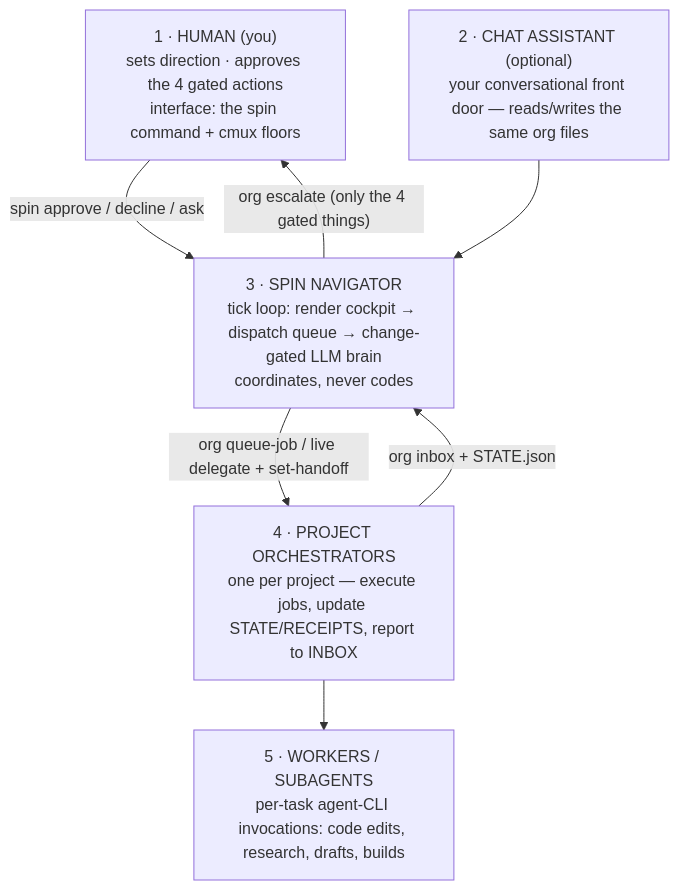
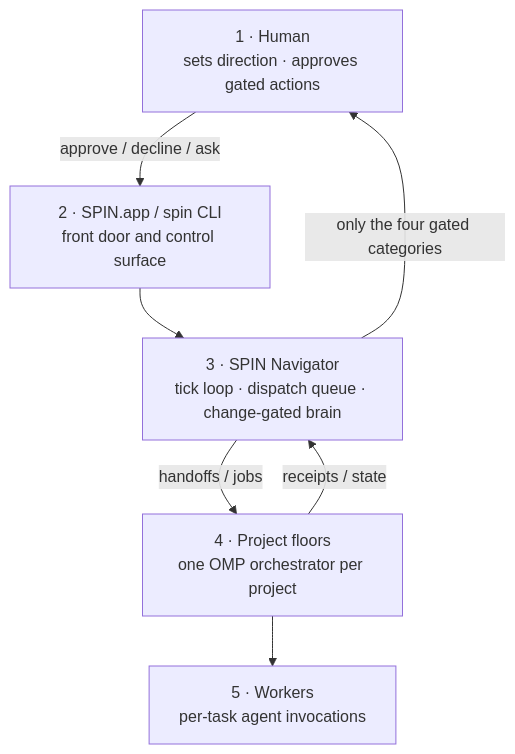
One commit to claudiaclawdbot/spin changed the diagram in README.md. Above: the diagram before and after it, drawn with Mermaid. The commit also changed other lines of this file and 1 other file, not shown here.

Commit message:
Make homepage app-first

````diff
--- a/README.md
+++ b/README.md
@@ -173,14 +253,14 @@
 ```mermaid
 flowchart TD
-    H["1 · HUMAN (you)<br/>sets direction · approves the 4 gated actions<br/>interface: the spin command + cmux floors"]
-    C["2 · CHAT ASSISTANT (optional)<br/>your conversational front door — reads/writes the same org files"]
-    W["3 · SPIN NAVIGATOR<br/>tick loop: render cockpit → dispatch queue → change-gated LLM brain<br/>coordinates, never codes"]
-    P["4 · PROJECT ORCHESTRATORS<br/>one per project — execute jobs, update STATE/RECEIPTS, report to INBOX"]
-    S["5 · WORKERS / SUBAGENTS<br/>per-task agent-CLI invocations: code edits, research, drafts, builds"]
-    H -->|"spin approve / decline / ask"| W
-    C --> W
-    W -->|"org queue-job / live delegate + set-handoff"| P
-    P -->|"org inbox + STATE.json"| W
+    H["1 · Human<br/>sets direction · approves gated actions"]
+    A["2 · SPIN.app / spin CLI<br/>front door and control surface"]
+    W["3 · SPIN Navigator<br/>tick loop · dispatch queue · change-gated brain"]
+    P["4 · Project floors<br/>one OMP orchestrator per project"]
+    S["5 · Workers<br/>per-task agent invocations"]
+    H -->|"approve / decline / ask"| A
+    A --> W
+    W -->|"handoffs / jobs"| P
+    P -->|"receipts / state"| W
     P --> S
-    W -->|"org escalate (only the 4 gated things)"| H
+    W -->|"only the four gated categories"| H
 ```
````
